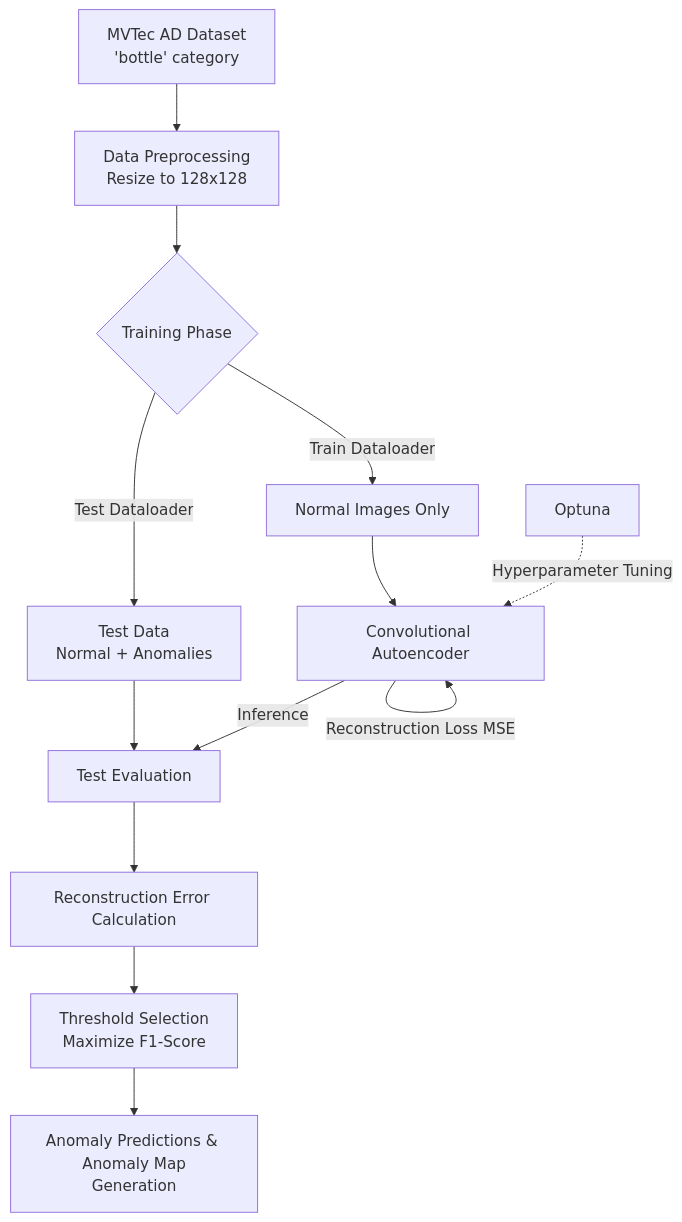
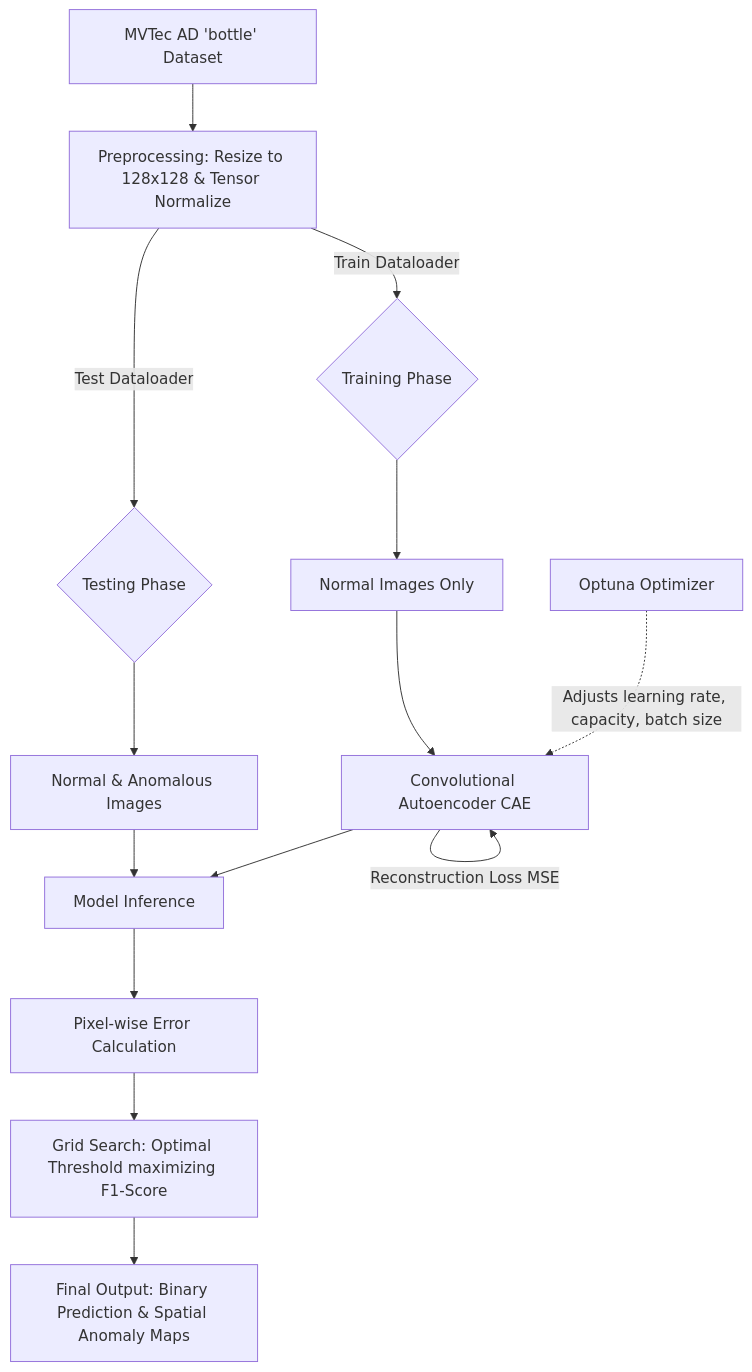
One commit to nm727/Anomaly-Detection-Autoencoder changed the first of 2 diagrams in README.md. Above: the diagram before and after it, drawn with Mermaid. The commit also changed other lines of this file, not shown here.

````diff
--- a/README.md
+++ b/README.md
@@ -20,17 +22,24 @@
 ```mermaid
 graph TD
-    A[MVTec AD Dataset <br/> 'bottle' category] --> B[Data Preprocessing <br/> Resize to 128x128]
-    B --> C{Training Phase}
-    C -->|Train Dataloader| D[Normal Images Only]
-    D --> E[Convolutional Autoencoder]
+    A[MVTec AD 'bottle' Dataset] --> B[Preprocessing: Resize to 128x128 & Tensor Normalize]
+
+    %% Training Flow
+    B -->|Train Dataloader| C{Training Phase}
+    C --> D[Normal Images Only]
+    D --> E[Convolutional Autoencoder CAE]
     E -->|Reconstruction Loss MSE| E
 
-    C -->|Test Dataloader| F[Test Data <br/> Normal + Anomalies]
-    F --> G[Test Evaluation]
-    E -->|Inference| G
-    G --> H[Reconstruction Error Calculation]
-    H --> I[Threshold Selection <br/> Maximize F1-Score]
-    I --> J[Anomaly Predictions & <br/> Anomaly Map Generation]
+    %% Testing Flow
+    B -->|Test Dataloader| F{Testing Phase}
+    F --> G[Normal & Anomalous Images]
+    G --> H[Model Inference]
+    E --> H
+    H --> I[Pixel-wise Error Calculation]
 
-    K[Optuna] -.->|Hyperparameter Tuning| E
+    %% Evaluation
+    I --> J[Grid Search: Optimal Threshold maximizing F1-Score]
+    J --> K[Final Output: Binary Prediction & Spatial Anomaly Maps]
+
+    %% Tuning
+    L[Optuna Optimizer] -.->|Adjusts learning rate, capacity, batch size| E
 ```
````
